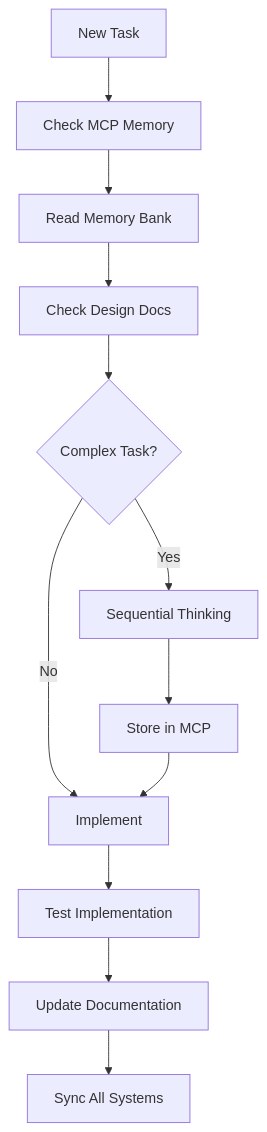
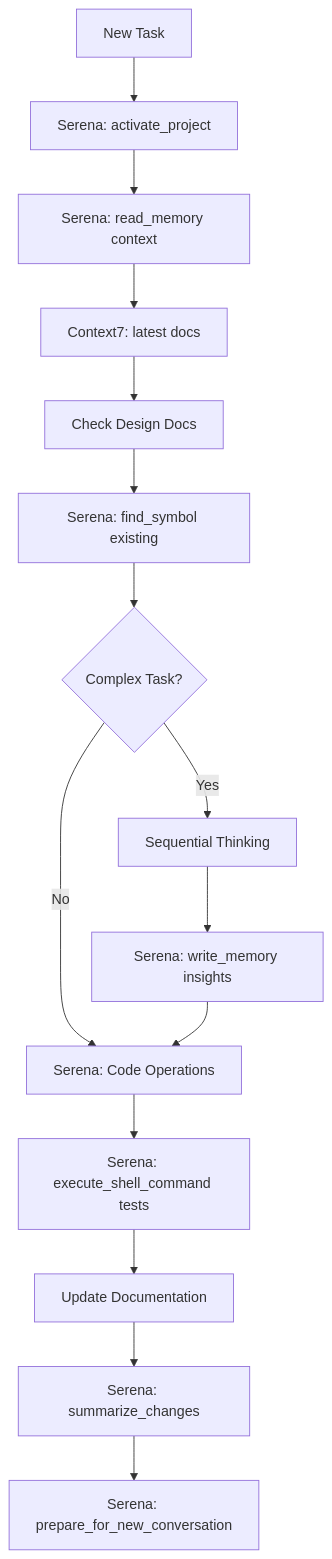
The second of 2 diagrams in .gemini/GEMINI.md (vinhltt/3_tihomo), drawn with Mermaid before and after one commit. The commit also changed other lines of this file and 9 other files, not shown here.

````diff
--- a/.gemini/GEMINI.md
+++ b/.gemini/GEMINI.md
@@ -337,14 +486,17 @@
 ```mermaid
 flowchart TD
-    Start[New Task] --> CheckMCP[Check MCP Memory]
-    CheckMCP --> ReadMemory[Read Memory Bank]
-    ReadMemory --> CheckDesign[Check Design Docs]
-    CheckDesign --> Complex{Complex Task?}
+    Start[New Task] --> SerenaActivate[Serena: activate_project]
+    SerenaActivate --> SerenaMemory[Serena: read_memory context]
+    SerenaMemory --> Context7[Context7: latest docs]
+    Context7 --> CheckDesign[Check Design Docs]
+    CheckDesign --> SerenaSymbols[Serena: find_symbol existing]
+    SerenaSymbols --> Complex{Complex Task?}
     Complex -->|Yes| SeqThink[Sequential Thinking]
-    Complex -->|No| Implement[Implement]
-    SeqThink --> StoreMCP[Store in MCP]
-    StoreMCP --> Implement
-    Implement --> Test[Test Implementation]
-    Test --> UpdateDocs[Update Documentation]
-    UpdateDocs --> SyncSystems[Sync All Systems]
+    Complex -->|No| SerenaCode[Serena: Code Operations]
+    SeqThink --> SerenaStore[Serena: write_memory insights]
+    SerenaStore --> SerenaCode
+    SerenaCode --> SerenaTest[Serena: execute_shell_command tests]
+    SerenaTest --> UpdateDocs[Update Documentation]
+    UpdateDocs --> SerenaSummary[Serena: summarize_changes]
+    SerenaSummary --> SyncSystems[Serena: prepare_for_new_conversation]
 ```
````
